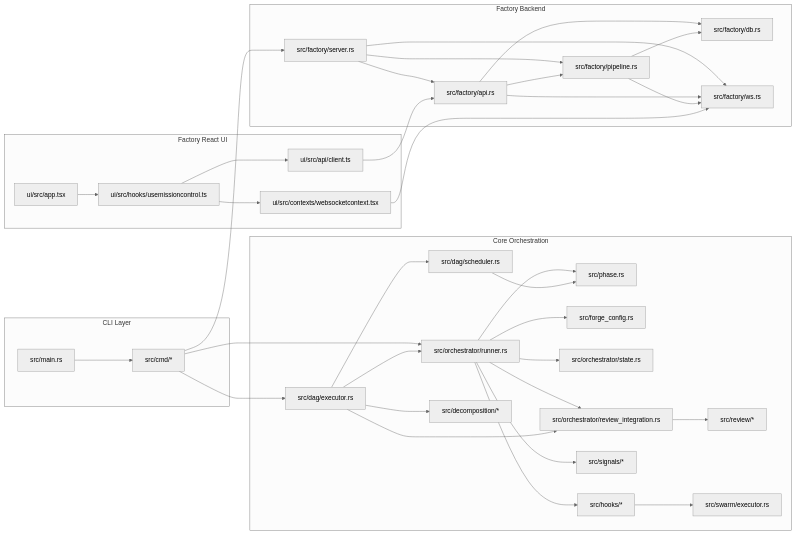
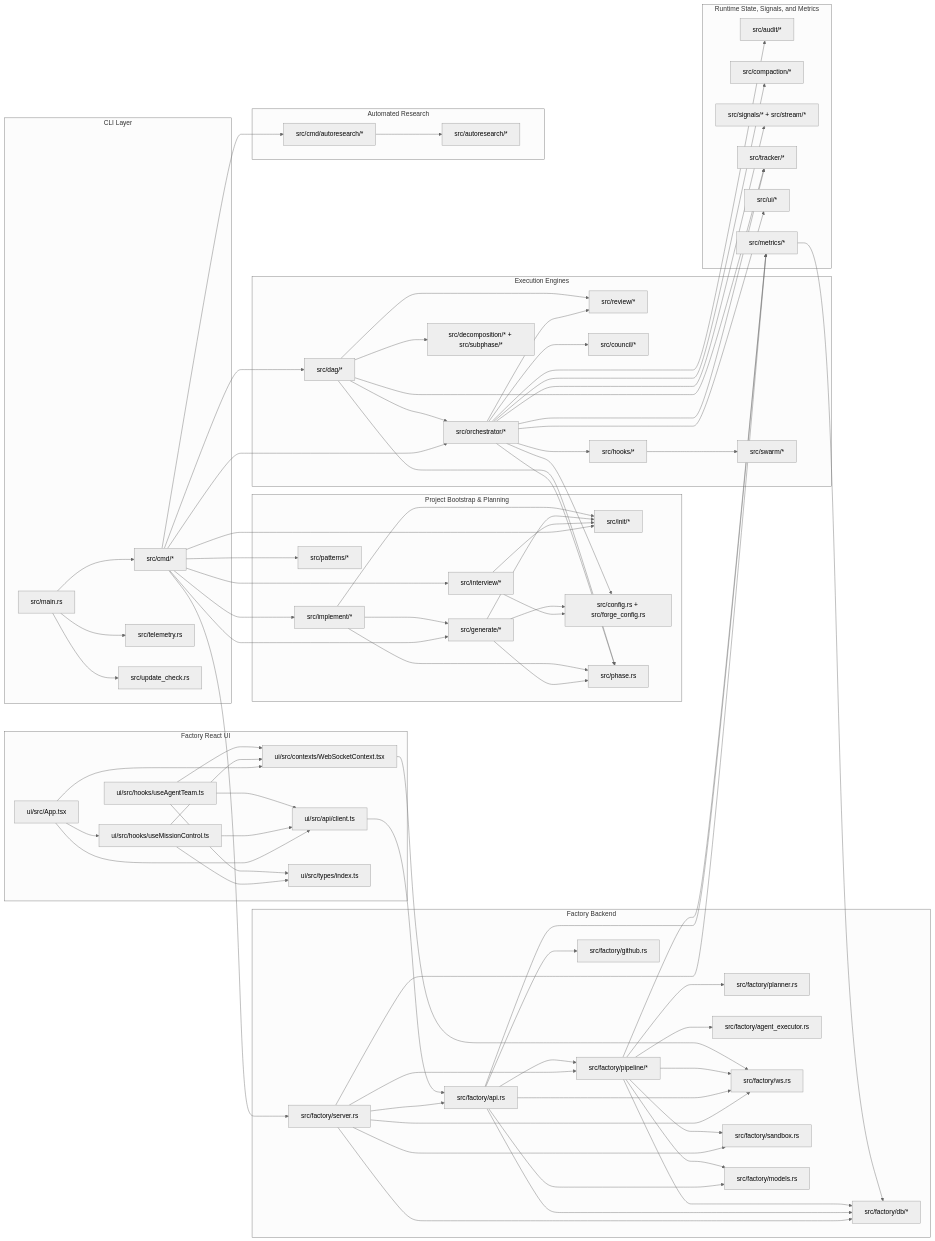
One commit to jdsingh122918/forge changed the diagram in docs/context-graph.md. Above: the diagram before and after it, drawn with Mermaid (neutral theme). The commit also changed other lines of this file and 19 other files, not shown here.

````diff
--- a/docs/context-graph.md
+++ b/docs/context-graph.md
@@ -14,70 +21,139 @@
     subgraph CLI["CLI Layer"]
         MAIN["src/main.rs"]
         CMD["src/cmd/*"]
+        TELE["src/telemetry.rs"]
+        UPDCHK["src/update_check.rs"]
     end
 
-    subgraph CORE["Core Orchestration"]
+    subgraph BOOT["Project Bootstrap & Planning"]
+        INIT["src/init/*"]
+        INTERVIEW["src/interview/*"]
+        GENERATE["src/generate/*"]
+        IMPLEMENT["src/implement/*"]
+        CONFIG["src/config.rs + src/forge_config.rs"]
         PHASE["src/phase.rs"]
-        CFG["src/forge_config.rs"]
-        ORCH["src/orchestrator/runner.rs"]
-        OSTATE["src/orchestrator/state.rs"]
+        PATTERNS["src/patterns/*"]
+    end
+
+    subgraph EXEC["Execution Engines"]
+        ORCH["src/orchestrator/*"]
+        DAG["src/dag/*"]
+        DECOMP["src/decomposition/* + src/subphase/*"]
+        REVIEW["src/review/*"]
+        COUNCIL["src/council/*"]
         HOOKS["src/hooks/*"]
-        SIGNALS["src/signals/*"]
-        OREVIEW["src/orchestrator/review_integration.rs"]
-        REVIEW["src/review/*"]
-        DAGS["src/dag/scheduler.rs"]
-        DAGE["src/dag/executor.rs"]
-        DECOMP["src/decomposition/*"]
-        SWARM["src/swarm/executor.rs"]
+        SWARM["src/swarm/*"]
+    end
+
+    subgraph RUNTIME["Runtime State, Signals, and Metrics"]
+        AUDIT["src/audit/*"]
+        COMPACT["src/compaction/*"]
+        SIGNALS["src/signals/* + src/stream/*"]
+        TRACKER["src/tracker/*"]
+        TUI["src/ui/*"]
+        METRICS["src/metrics/*"]
     end
 
     subgraph FACTORY["Factory Backend"]
         FSERVER["src/factory/server.rs"]
         FAPI["src/factory/api.rs"]
-        FPIPE["src/factory/pipeline.rs"]
-        FDB["src/factory/db.rs"]
+        FPIPE["src/factory/pipeline/*"]
+        FDB["src/factory/db/*"]
+        FPLANNER["src/factory/planner.rs"]
+        FAGENT["src/factory/agent_executor.rs"]
+        FGH["src/factory/github.rs"]
         FWS["src/factory/ws.rs"]
+        FSBOX["src/factory/sandbox.rs"]
+        FMODEL["src/factory/models.rs"]
+    end
+
+    subgraph AUTO["Automated Research"]
+        AUTOCMD["src/cmd/autoresearch/*"]
+        AUTOLIB["src/autoresearch/*"]
     end
 
     subgraph WEBUI["Factory React UI"]
-        UAPP["ui/src/app.tsx"]
-        UHOOK["ui/src/hooks/usemissioncontrol.ts"]
+        UAPP["ui/src/App.tsx"]
+        UHOOK["ui/src/hooks/useMissionControl.ts"]
+        UHOOK2["ui/src/hooks/useAgentTeam.ts"]
         UAPI["ui/src/api/client.ts"]
-        UWS["ui/src/contexts/websocketcontext.tsx"]
+        UWS["ui/src/contexts/WebSocketContext.tsx"]
+        UTYPES["ui/src/types/index.ts"]
     end
 
     MAIN --> CMD
+    MAIN --> TELE
+    MAIN --> UPDCHK
+
+    CMD --> INIT
+    CMD --> INTERVIEW
+    CMD --> GENERATE
+    CMD --> IMPLEMENT
+    CMD --> PATTERNS
     CMD --> ORCH
-    CMD --> DAGE
+    CMD --> DAG
     CMD --> FSERVER
+    CMD --> AUTOCMD
+
+    INTERVIEW --> INIT
+    INTERVIEW --> CONFIG
+    GENERATE --> INIT
+    GENERATE --> CONFIG
+    GENERATE --> PHASE
+    IMPLEMENT --> INIT
+    IMPLEMENT --> GENERATE
+    IMPLEMENT --> PHASE
 
     ORCH --> PHASE
-    ORCH --> CFG
-    ORCH --> OSTATE
+    ORCH --> CONFIG
     ORCH --> HOOKS
+    ORCH --> REVIEW
+    ORCH --> COUNCIL
+    ORCH --> AUDIT
+    ORCH --> COMPACT
     ORCH --> SIGNALS
-    ORCH --> OREVIEW
-    OREVIEW --> REVIEW
+    ORCH --> TRACKER
+    ORCH --> TUI
 
-    DAGE --> DAGS
-    DAGS --> PHASE
-    DAGE --> OREVIEW
-    DAGE --> ORCH
-    DAGE --> DECOMP
+    DAG --> PHASE
+    DAG --> ORCH
+    DAG --> REVIEW
+    DAG --> DECOMP
+    DAG --> TRACKER
     HOOKS --> SWARM
 
     FSERVER --> FAPI
+    FSERVER --> FPIPE
+    FSERVER --> FDB
     FSERVER --> FWS
-    FSERVER --> FPIPE
+    FSERVER --> FSBOX
+    FSERVER --> METRICS
     FAPI --> FDB
     FAPI --> FPIPE
+    FAPI --> FGH
     FAPI --> FWS
+    FAPI --> FMODEL
+    FAPI --> METRICS
+    FPIPE --> FPLANNER
+    FPIPE --> FAGENT
     FPIPE --> FDB
     FPIPE --> FWS
+    FPIPE --> FSBOX
+    FPIPE --> FMODEL
+    FPIPE --> METRICS
+    METRICS --> FDB
+
+    AUTOCMD --> AUTOLIB
 
     UAPP --> UHOOK
+    UAPP --> UAPI
+    UAPP --> UWS
     UHOOK --> UAPI
     UHOOK --> UWS
+    UHOOK --> UTYPES
+    UHOOK2 --> UAPI
+    UHOOK2 --> UWS
+    UHOOK2 --> UTYPES
     UAPI --> FAPI
     UWS --> FWS
 ```
````
